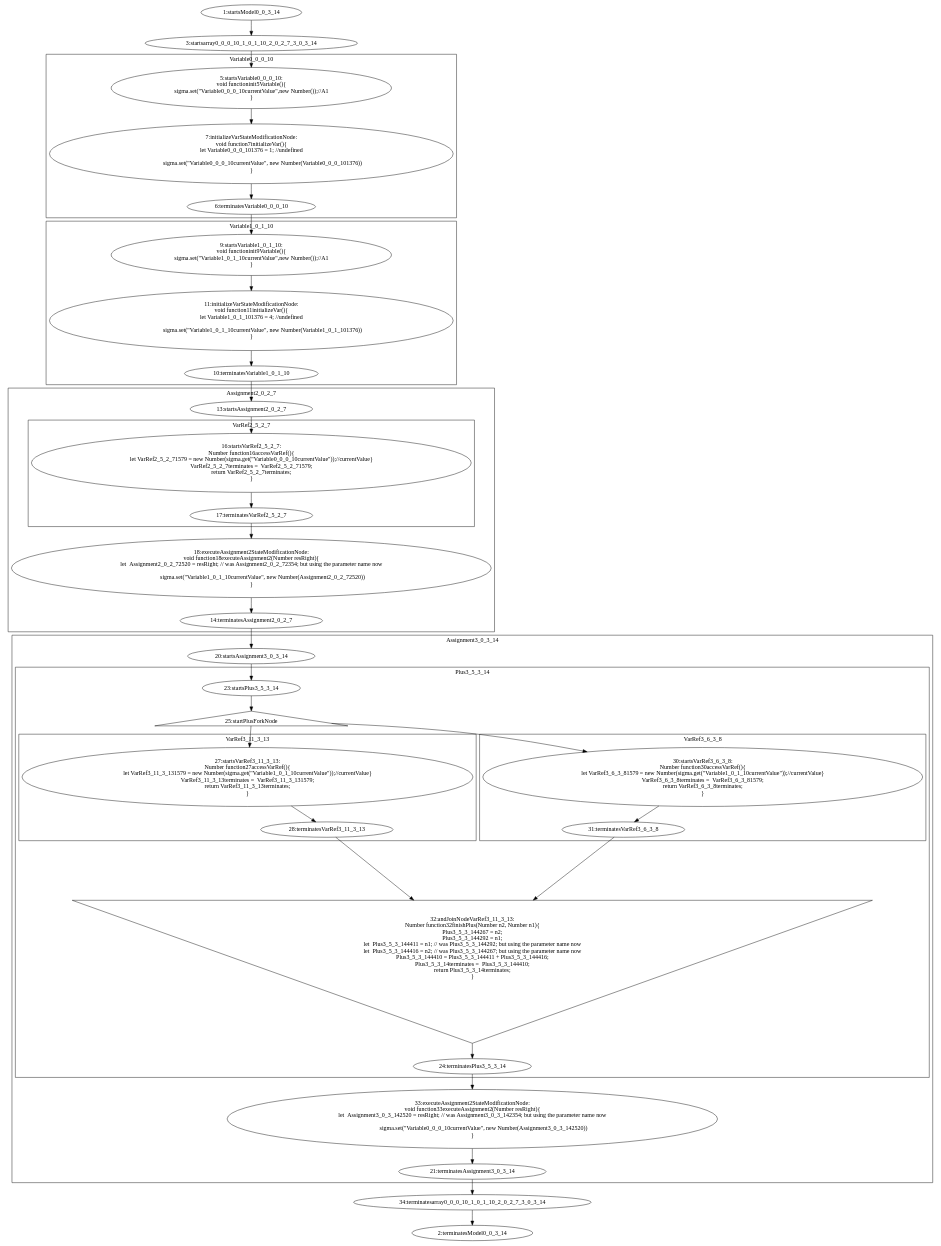
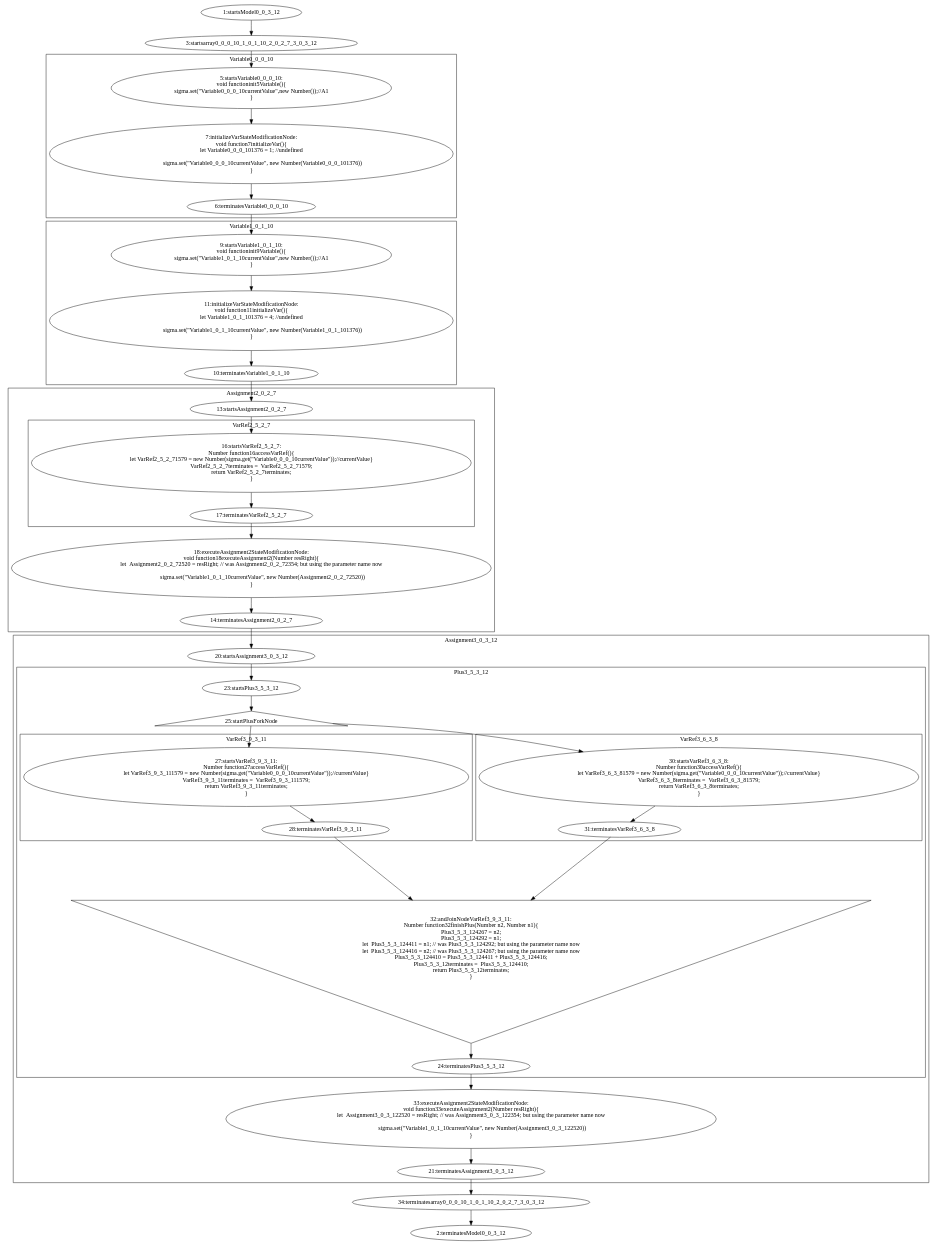
Before and after one commit to WWeishen/interpreter: the diagram in temp/generated/testVarDecl.dot, drawn with Graphviz. The commit also changed 11 other files, not shown here.

```diff
--- a/temp/generated/testVarDecl.dot
+++ b/temp/generated/testVarDecl.dot
@@ -1,128 +1,128 @@
 digraph G {
 subgraph cluster_4 {
 label = "Variable0_0_0_10";
   "5" [label="5:startsVariable0_0_0_10:
 void functioninit5Variable(){
 sigma.set(\"Variable0_0_0_10currentValue\",new Number());//A1
 }" shape="ellipse" ];
   "6" [label="6:terminatesVariable0_0_0_10" shape="ellipse" ];
   "7" [label="7:initializeVarStateModificationNode:
 void function7initializeVar(){
 let Variable0_0_0_101376 = 1; //undefined
 
                 sigma.set(\"Variable0_0_0_10currentValue\", new Number(Variable0_0_0_101376))
 }" shape="ellipse" ];
 }
 subgraph cluster_8 {
 label = "Variable1_0_1_10";
   "9" [label="9:startsVariable1_0_1_10:
 void functioninit9Variable(){
 sigma.set(\"Variable1_0_1_10currentValue\",new Number());//A1
 }" shape="ellipse" ];
   "10" [label="10:terminatesVariable1_0_1_10" shape="ellipse" ];
   "11" [label="11:initializeVarStateModificationNode:
 void function11initializeVar(){
 let Variable1_0_1_101376 = 4; //undefined
 
                 sigma.set(\"Variable1_0_1_10currentValue\", new Number(Variable1_0_1_101376))
 }" shape="ellipse" ];
 }
 subgraph cluster_12 {
 label = "Assignment2_0_2_7";
   "13" [label="13:startsAssignment2_0_2_7" shape="ellipse" ];
   "14" [label="14:terminatesAssignment2_0_2_7" shape="ellipse" ];
   "18" [label="18:executeAssignment2StateModificationNode:
 void function18executeAssignment2(Number resRight){
 let  Assignment2_0_2_72520 = resRight; // was Assignment2_0_2_72354; but using the parameter name now
                                  
                 sigma.set(\"Variable1_0_1_10currentValue\", new Number(Assignment2_0_2_72520))
 }" shape="ellipse" ];
 subgraph cluster_15 {
 label = "VarRef2_5_2_7";
   "16" [label="16:startsVarRef2_5_2_7:
 Number function16accessVarRef(){
 let VarRef2_5_2_71579 = new Number(sigma.get(\"Variable0_0_0_10currentValue\"));//currentValue}
 VarRef2_5_2_7terminates =  VarRef2_5_2_71579;
 return VarRef2_5_2_7terminates;
 }" shape="ellipse" ];
   "17" [label="17:terminatesVarRef2_5_2_7" shape="ellipse" ];
 }
 }
 subgraph cluster_19 {
-label = "Assignment3_0_3_14";
-  "20" [label="20:startsAssignment3_0_3_14" shape="ellipse" ];
-  "21" [label="21:terminatesAssignment3_0_3_14" shape="ellipse" ];
+label = "Assignment3_0_3_12";
+  "20" [label="20:startsAssignment3_0_3_12" shape="ellipse" ];
+  "21" [label="21:terminatesAssignment3_0_3_12" shape="ellipse" ];
   "33" [label="33:executeAssignment2StateModificationNode:
 void function33executeAssignment2(Number resRight){
-let  Assignment3_0_3_142520 = resRight; // was Assignment3_0_3_142354; but using the parameter name now
+let  Assignment3_0_3_122520 = resRight; // was Assignment3_0_3_122354; but using the parameter name now
                                  
-                sigma.set(\"Variable0_0_0_10currentValue\", new Number(Assignment3_0_3_142520))
+                sigma.set(\"Variable1_0_1_10currentValue\", new Number(Assignment3_0_3_122520))
 }" shape="ellipse" ];
 subgraph cluster_22 {
-label = "Plus3_5_3_14";
-  "23" [label="23:startsPlus3_5_3_14" shape="ellipse" ];
-  "24" [label="24:terminatesPlus3_5_3_14" shape="ellipse" ];
+label = "Plus3_5_3_12";
+  "23" [label="23:startsPlus3_5_3_12" shape="ellipse" ];
+  "24" [label="24:terminatesPlus3_5_3_12" shape="ellipse" ];
   "25" [label="25:startPlusForkNode" shape="triangle" ];
-  "32" [label="32:andJoinNodeVarRef3_11_3_13:
+  "32" [label="32:andJoinNodeVarRef3_9_3_11:
 Number function32finishPlus(Number n2, Number n1){
-Plus3_5_3_144267 = n2;
-Plus3_5_3_144292 = n1;
-let  Plus3_5_3_144411 = n1; // was Plus3_5_3_144292; but using the parameter name now
-let  Plus3_5_3_144416 = n2; // was Plus3_5_3_144267; but using the parameter name now
-Plus3_5_3_144410 = Plus3_5_3_144411 + Plus3_5_3_144416;
-Plus3_5_3_14terminates =  Plus3_5_3_144410;
-return Plus3_5_3_14terminates;
+Plus3_5_3_124267 = n2;
+Plus3_5_3_124292 = n1;
+let  Plus3_5_3_124411 = n1; // was Plus3_5_3_124292; but using the parameter name now
+let  Plus3_5_3_124416 = n2; // was Plus3_5_3_124267; but using the parameter name now
+Plus3_5_3_124410 = Plus3_5_3_124411 + Plus3_5_3_124416;
+Plus3_5_3_12terminates =  Plus3_5_3_124410;
+return Plus3_5_3_12terminates;
 }" shape="invtriangle" ];
 subgraph cluster_26 {
-label = "VarRef3_11_3_13";
-  "27" [label="27:startsVarRef3_11_3_13:
+label = "VarRef3_9_3_11";
+  "27" [label="27:startsVarRef3_9_3_11:
 Number function27accessVarRef(){
-let VarRef3_11_3_131579 = new Number(sigma.get(\"Variable1_0_1_10currentValue\"));//currentValue}
-VarRef3_11_3_13terminates =  VarRef3_11_3_131579;
-return VarRef3_11_3_13terminates;
+let VarRef3_9_3_111579 = new Number(sigma.get(\"Variable0_0_0_10currentValue\"));//currentValue}
+VarRef3_9_3_11terminates =  VarRef3_9_3_111579;
+return VarRef3_9_3_11terminates;
 }" shape="ellipse" ];
-  "28" [label="28:terminatesVarRef3_11_3_13" shape="ellipse" ];
+  "28" [label="28:terminatesVarRef3_9_3_11" shape="ellipse" ];
 }
 subgraph cluster_29 {
 label = "VarRef3_6_3_8";
   "30" [label="30:startsVarRef3_6_3_8:
 Number function30accessVarRef(){
-let VarRef3_6_3_81579 = new Number(sigma.get(\"Variable1_0_1_10currentValue\"));//currentValue}
+let VarRef3_6_3_81579 = new Number(sigma.get(\"Variable0_0_0_10currentValue\"));//currentValue}
 VarRef3_6_3_8terminates =  VarRef3_6_3_81579;
 return VarRef3_6_3_8terminates;
 }" shape="ellipse" ];
   "31" [label="31:terminatesVarRef3_6_3_8" shape="ellipse" ];
 }
 }
 }
-  "1" [label="1:startsModel0_0_3_14" shape="ellipse" ];
-  "2" [label="2:terminatesModel0_0_3_14" shape="ellipse" ];
-  "3" [label="3:startsarray0_0_0_10_1_0_1_10_2_0_2_7_3_0_3_14" shape="ellipse" ];
-  "34" [label="34:terminatesarray0_0_0_10_1_0_1_10_2_0_2_7_3_0_3_14" shape="ellipse" ];
+  "1" [label="1:startsModel0_0_3_12" shape="ellipse" ];
+  "2" [label="2:terminatesModel0_0_3_12" shape="ellipse" ];
+  "3" [label="3:startsarray0_0_0_10_1_0_1_10_2_0_2_7_3_0_3_12" shape="ellipse" ];
+  "34" [label="34:terminatesarray0_0_0_10_1_0_1_10_2_0_2_7_3_0_3_12" shape="ellipse" ];
   "5" -> "7" [label=""];
   "7" -> "6" [label=""];
   "9" -> "11" [label=""];
   "11" -> "10" [label=""];
   "16" -> "17" [label=""];
   "13" -> "16" [label=""];
   "17" -> "18" [label=""];
   "18" -> "14" [label=""];
   "27" -> "28" [label=""];
   "30" -> "31" [label=""];
   "23" -> "25" [label=""];
   "25" -> "27" [label=""];
   "25" -> "30" [label=""];
   "28" -> "32" [label=""];
   "31" -> "32" [label=""];
   "32" -> "24" [label=""];
   "20" -> "23" [label=""];
   "24" -> "33" [label=""];
   "33" -> "21" [label=""];
   "1" -> "3" [label=""];
   "3" -> "5" [label=""];
   "6" -> "9" [label=""];
   "10" -> "13" [label=""];
   "14" -> "20" [label=""];
   "21" -> "34" [label=""];
   "34" -> "2" [label=""];
 }
```
